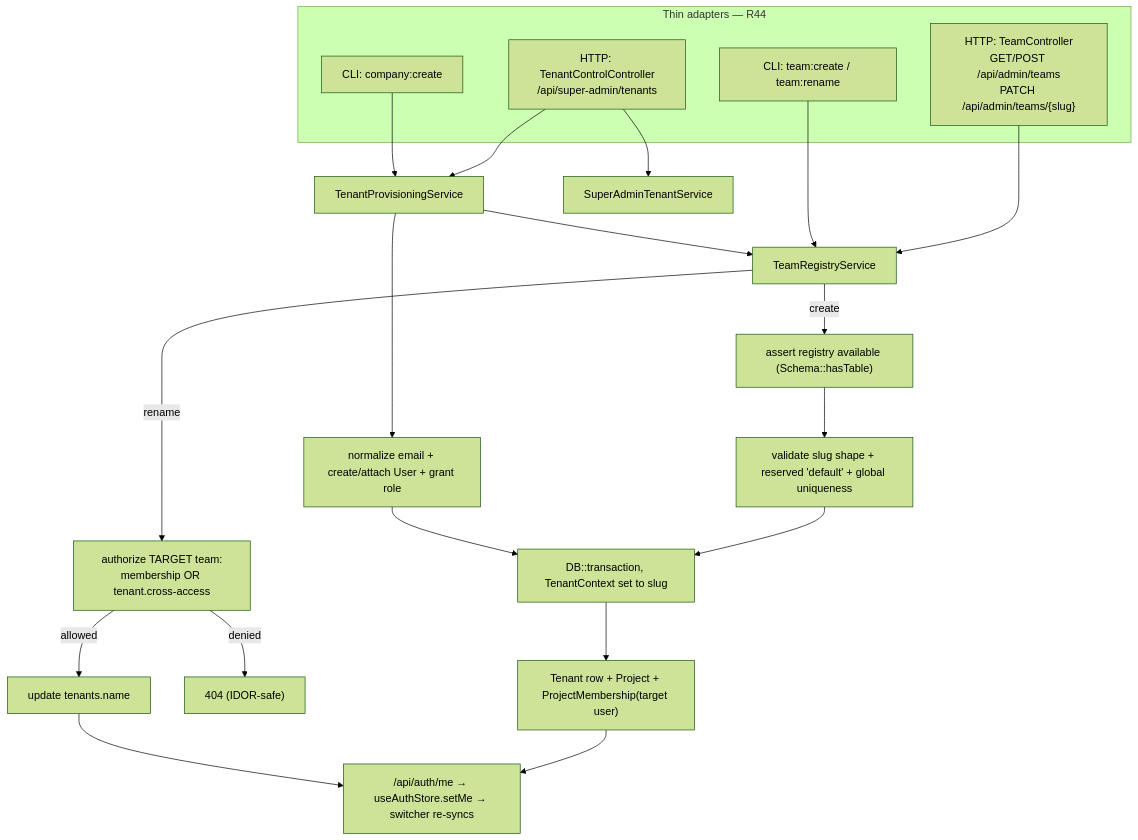
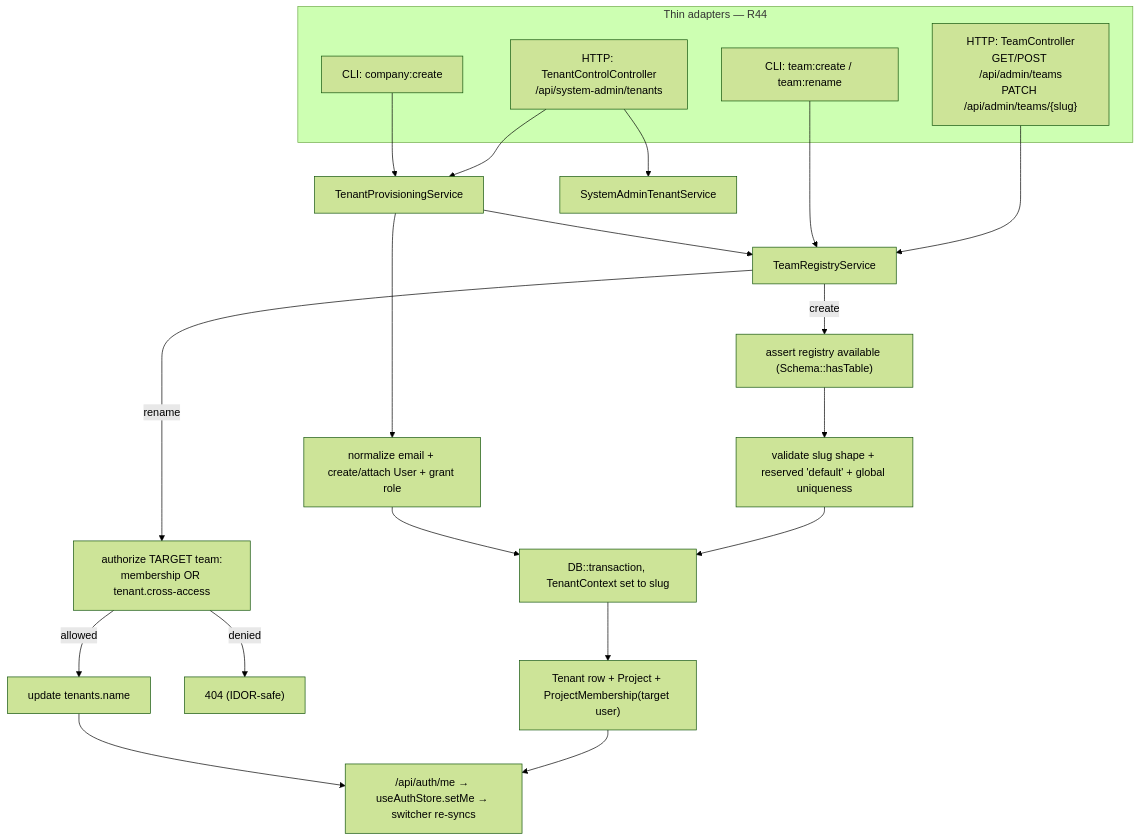
Before and after one commit to lopadova/AskMyDocs: the diagram in docs-site/team-management.mdx, drawn with Mermaid (forest theme). The commit also changed other lines of this file and 15 other files, not shown here.

Commit message:
docs(system-admin): document the platform privilege boundary

````diff
--- a/docs-site/team-management.mdx
+++ b/docs-site/team-management.mdx
@@ -40,26 +41,26 @@
 ```mermaid
 flowchart TD
     subgraph Surfaces [Thin adapters — R44]
       H["HTTP: TeamController<br/>GET/POST /api/admin/teams<br/>PATCH /api/admin/teams/{slug}"]
       C["CLI: team:create / team:rename"]
-      P["HTTP: TenantControlController<br/>/api/super-admin/tenants"]
+      P["HTTP: TenantControlController<br/>/api/system-admin/tenants"]
       CC["CLI: company:create"]
     end
     H --> S[TeamRegistryService]
     C --> S
     P --> PS[TenantProvisioningService]
     CC --> PS
     PS --> S
-    P --> CS[SuperAdminTenantService]
+    P --> CS[SystemAdminTenantService]
     S -->|create| T1["assert registry available (Schema::hasTable)"]
     T1 --> T2["validate slug shape + reserved 'default' + global uniqueness"]
     T2 --> T3["DB::transaction, TenantContext set to slug"]
     T3 --> T4["Tenant row + Project + ProjectMembership(target user)"]
     PS --> U["normalize email + create/attach User + grant role"]
     U --> T3
     S -->|rename| R1["authorize TARGET team:<br/>membership OR tenant.cross-access"]
     R1 -->|denied| R2["404 (IDOR-safe)"]
     R1 -->|allowed| R3["update tenants.name"]
     T4 --> M["/api/auth/me → useAuthStore.setMe → switcher re-syncs"]
     R3 --> M
 ```
````
